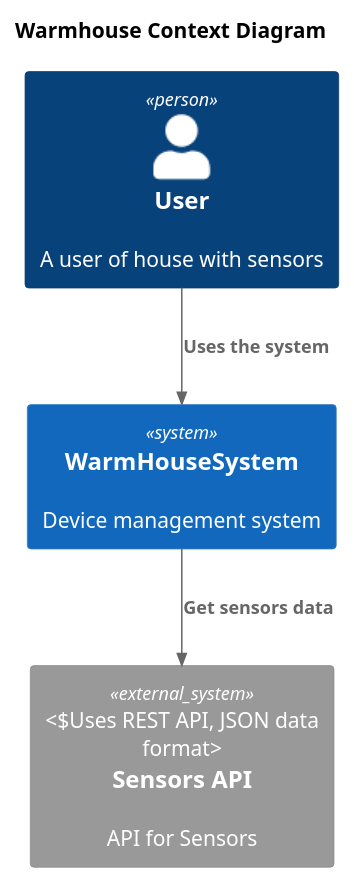
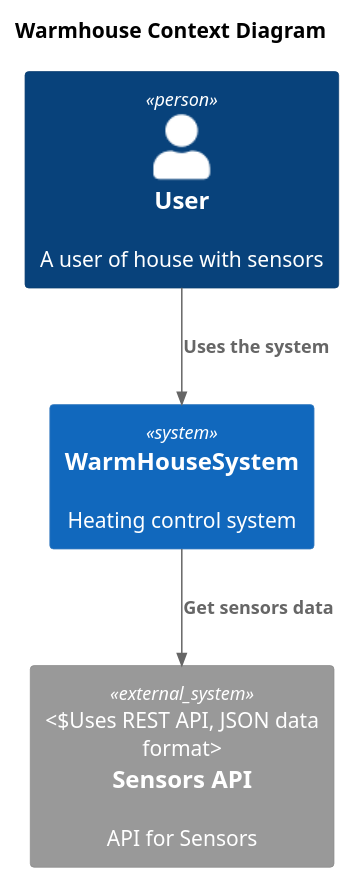
The diagram in apps/diagrams/context/Warmhouse_Context.puml (Rinya/architecture_wh), drawn with PlantUML before and after one commit. The commit also changed 19 other files, not shown here.

```diff
--- a/apps/diagrams/context/Warmhouse_Context.puml
+++ b/apps/diagrams/context/Warmhouse_Context.puml
@@ -1,15 +1,15 @@
 @startuml
 title Warmhouse Context Diagram
 
 top to bottom direction
 
 !includeurl http://raw.githubusercontent.com/adrianvlupu/C4-PlantUML/refs/heads/latest/C4_Context.puml
 
 Person(user, "User", "A user of house with sensors")
-System(warmHouseSystem, "WarmHouseSystem", "Device management system")
+System(warmHouseSystem, "WarmHouseSystem", "Heating control system")
 
 System_Ext(sensors, "Sensors API", "API for Sensors", "Uses REST API, JSON data format")
 Rel(user, warmHouseSystem, "Uses the system")
 Rel(warmHouseSystem, sensors, "Get sensors data")
 
 @enduml
```
